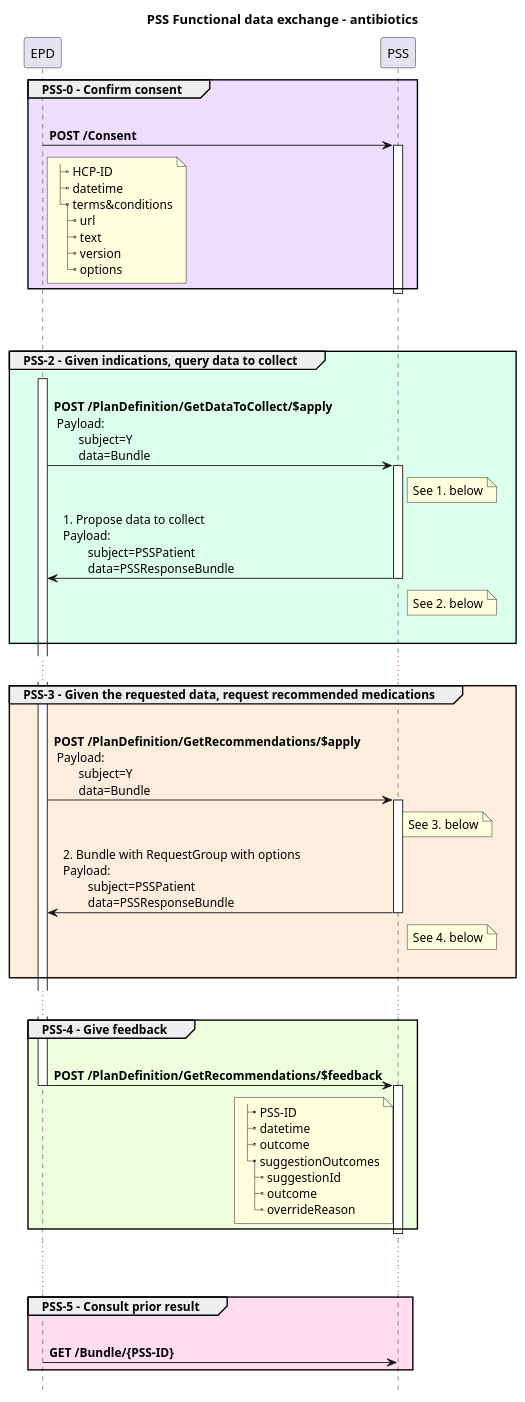
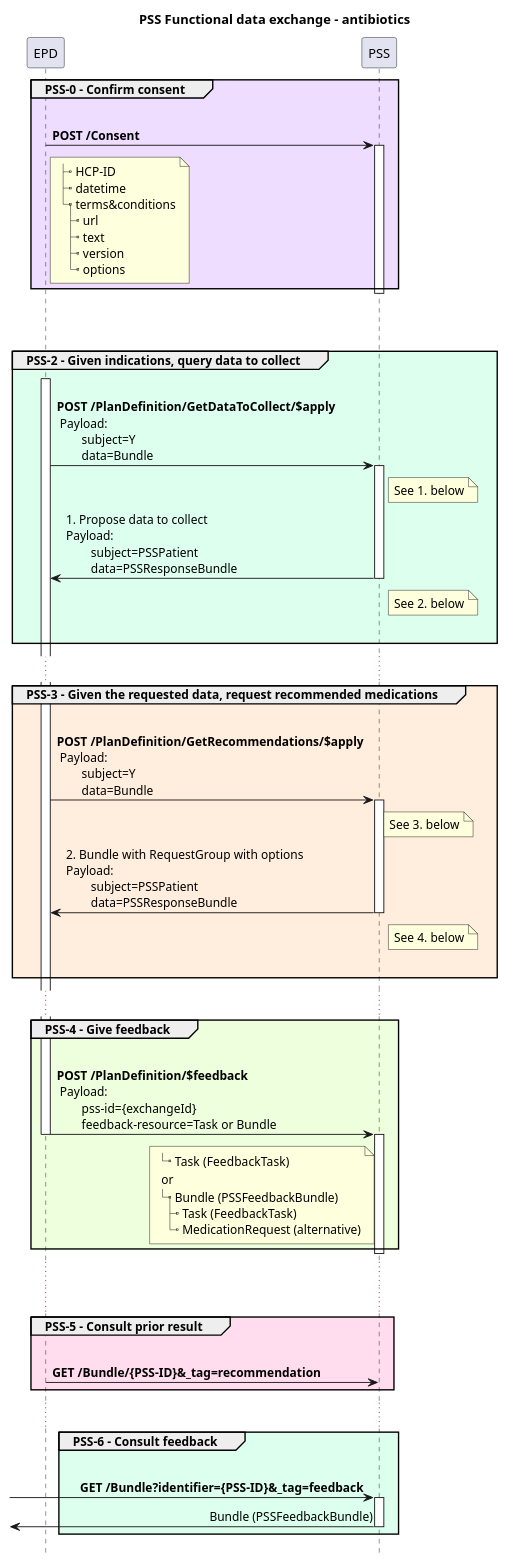
Before and after one commit to hl7-be/pss: the diagram in input/images-source/pss-flow-antimicrobiology.plantuml, drawn with PlantUML. The commit also changed 22 other files, not shown here.

```diff
--- a/input/images-source/pss-flow-antimicrobiology.plantuml
+++ b/input/images-source/pss-flow-antimicrobiology.plantuml
@@ -1,110 +1,94 @@
 @startuml
 !pragma teoz true
 Title PSS Functional data exchange - antibiotics
 hide footbox
 
 
 
 group #edf PSS-0 - Confirm consent
         EPD -> PSS : \n**POST /Consent**
         activate PSS
         note right of EPD
 |_ HCP-ID
 |_ datetime
 |_ terms&conditions
   |_ url
   |_ text
   |_ version
   |_ options
         end note
         deactivate EPD
         deactivate PSS
 end
 |||
 |||
 
 group #dfe PSS-2 - Given indications, query data to collect
         Activate EPD
         EPD -> PSS : \n**POST /PlanDefinition/GetDataToCollect/$apply**\n Payload:\n        subject=Y\n        data=Bundle
         Activate PSS
         note right of PSS
 See 1. below
         end note
 
         PSS -> EPD: 1. Propose data to collect\nPayload:\n        subject=PSSPatient\n        data=PSSResponseBundle
         note right of PSS
 See 2. below
         end note
         deactivate PSS
         |||
 '        Deactivate EPD
 end
 ...
 group #fed PSS-3 - Given the requested data, request recommended medications
         EPD -> PSS : \n**POST /PlanDefinition/GetRecommendations/$apply**\n Payload:\n        subject=Y\n        data=Bundle
 '        activate EPD
         note right of PSS
 See 3. below
         end note
         activate PSS
         PSS -> EPD: 2. Bundle with RequestGroup with options\nPayload:\n        subject=PSSPatient\n        data=PSSResponseBundle
         note right of PSS
 See 4. below
         end note
         deactivate PSS
         |||
 '        Deactivate EPD
 
 end
 ...
 group #efd PSS-4 - Give feedback
-        EPD -> PSS : \n**POST /PlanDefinition/GetRecommendations/$feedback**
+        EPD -> PSS : \n**POST /PlanDefinition/$feedback**\n Payload:\n        pss-id={exchangeId}\n        feedback-resource=Task or Bundle
 '        activate EPD
         note left of PSS
-|_ PSS-ID
-|_ datetime
-|_ outcome
-|_ suggestionOutcomes
-  |_ suggestionId
-  |_ outcome
-  |_ overrideReason
+|_ Task (FeedbackTask)
+  or
+|_ Bundle (PSSFeedbackBundle)
+  |_ Task (FeedbackTask)
+  |_ MedicationRequest (alternative)
         end note
         deactivate EPD
         activate PSS
         deactivate PSS
 end
 ...
 ...
 group #fde PSS-5 - Consult prior result
-EPD -> PSS : \n**GET /Bundle/{PSS-ID}**
+EPD -> PSS : \n**GET /Bundle/{PSS-ID}&_tag=recommendation**
 '        activate EPD
 end
 
-' ...
+...
 
-' group #dfe PSS-6 - Consult feeback
-'         ADM -> PSS : \n**GET /Task?focus={PSS-ID}**
-'         & PSS -[hidden]-> QSI : "                                      "
-'         activate PSS
-'         |||
-'         PSS -> ADM 
-'                 note left of PSS
-' |_ PSS-ID
-' |_ datetime
-' |_ outcome
-' |_ suggestionOutcomes
-'   |_ suggestionId
-'   |_ outcome
-'   |_ overrideReason
-'         end note
-'         deactivate EPD
-'         & PSS -[hidden]-> QSI : "                                      "
-'         deactivate PSS
-'         |||
-
-' '        activate EPD
-' end
+group #dfe PSS-6 - Consult feedback
+'        ADM -> PSS : \n**GET /Bundle?identifier={PSS-ID}**\n**&_profile=.../PSSFeedbackBundle**
+         -> PSS : \n**GET /Bundle?identifier={PSS-ID}&_tag=feedback**
+        activate PSS
+        <- PSS   : Bundle (PSSFeedbackBundle)
+        deactivate PSS
+'        activate EPD
+end
 
 
 
 @enduml
```
